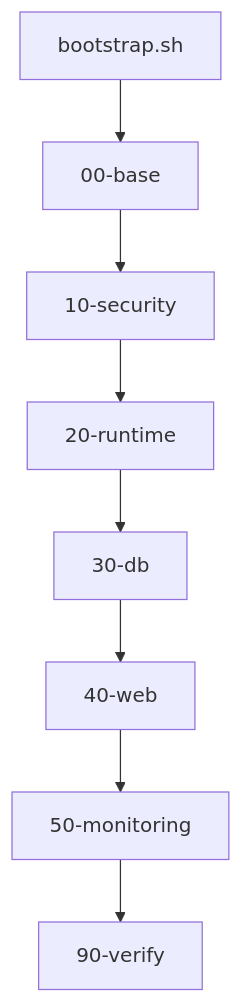
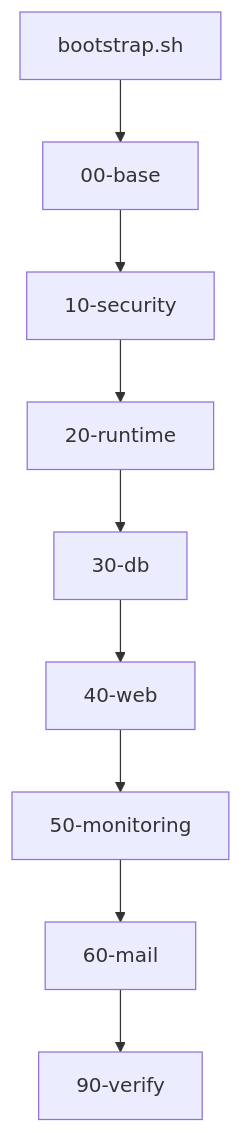
Before and after one commit to LevelCapTech/Agile-PMBOK-Assist: the second of 2 diagrams in .github/copilot/plans/33-implementation-plan.md, drawn with Mermaid. The commit also changed other lines of this file, not shown here.

````diff
--- a/.github/copilot/plans/33-implementation-plan.md
+++ b/.github/copilot/plans/33-implementation-plan.md
@@ -190,10 +344,11 @@
 ```mermaid
 flowchart TD
   A[bootstrap.sh] --> B[00-base]
   B --> C[10-security]
   C --> D[20-runtime]
   D --> E[30-db]
   E --> F[40-web]
   F --> G[50-monitoring]
-  G --> H[90-verify]
+  G --> H[60-mail]
+  H --> I[90-verify]
 ```
````
